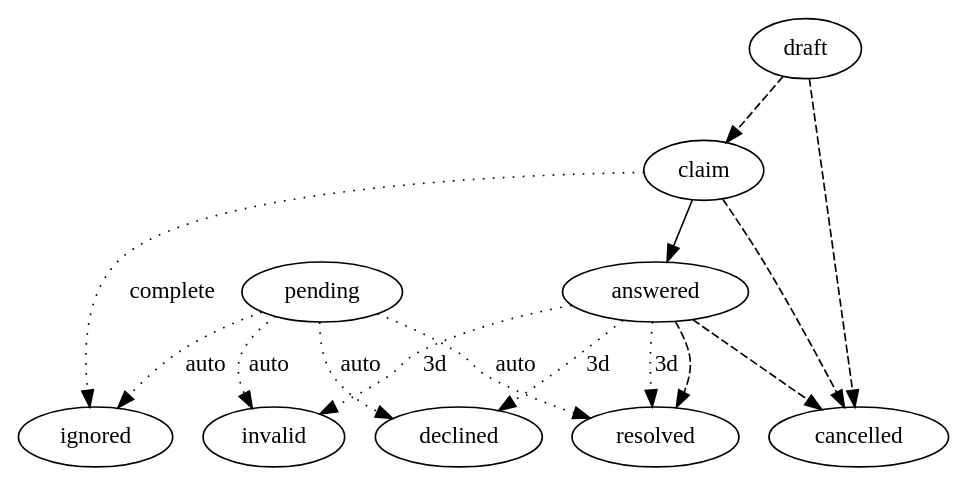
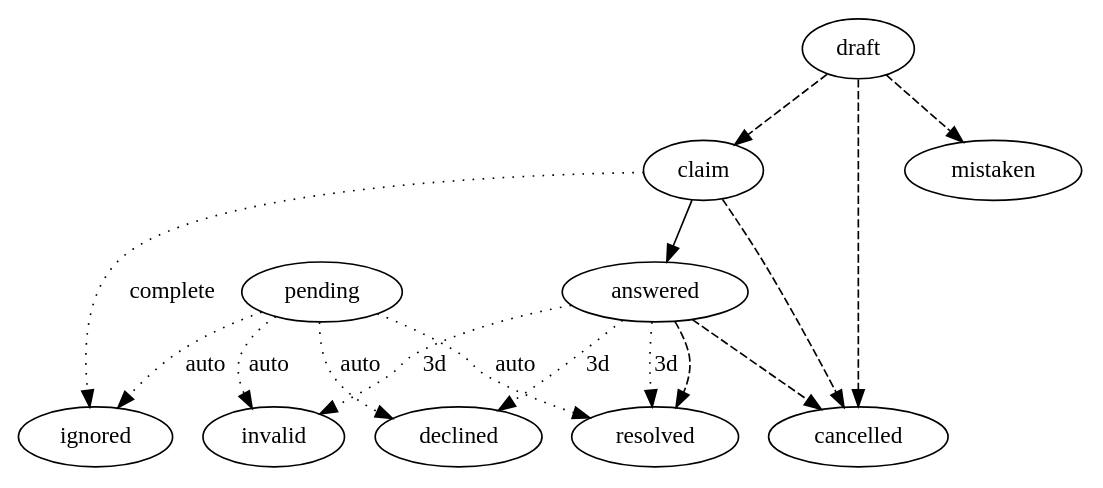
One commit to ProzorroUKR/prozorro-docs changed the diagram in docs/source/tendering/basic-actions/complaints.rst. Above: the diagram before and after it, drawn with Graphviz. The commit also changed 147 other files, not shown here.

```diff
--- a/docs/source/tendering/basic-actions/complaints.rst
+++ b/docs/source/tendering/basic-actions/complaints.rst
@@ -34,16 +34,16 @@
 .. graphviz::
 
     digraph G {
         claim -> answered;
         edge[style=dashed];
-        draft -> claim; 
+        draft -> {claim,mistaken};
         answered -> resolved;
         {draft,claim,answered} -> cancelled; 
         edge[label="3d" style=dotted];
         answered -> {resolved, invalid, declined};
         edge[label="complete" style=dotted];
         claim -> ignored;
         edge[label="auto" style=dotted];
         pending -> ignored;
         pending -> {resolved, invalid, declined};
     }
```
